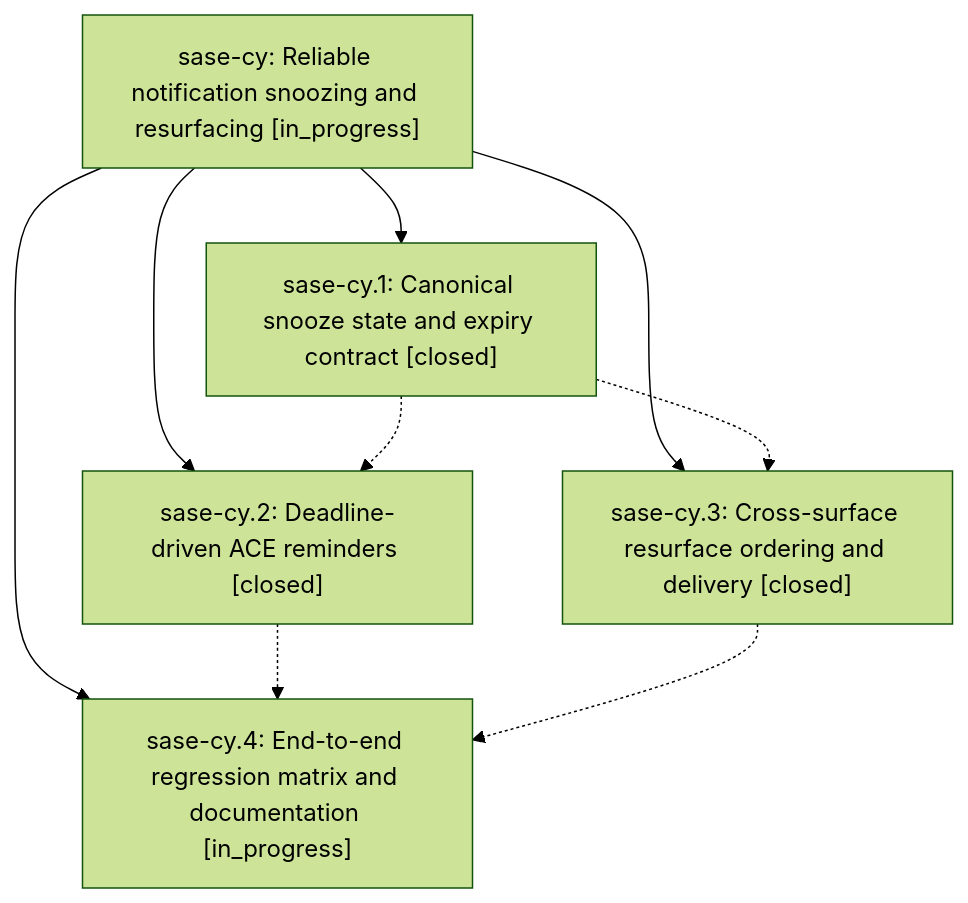
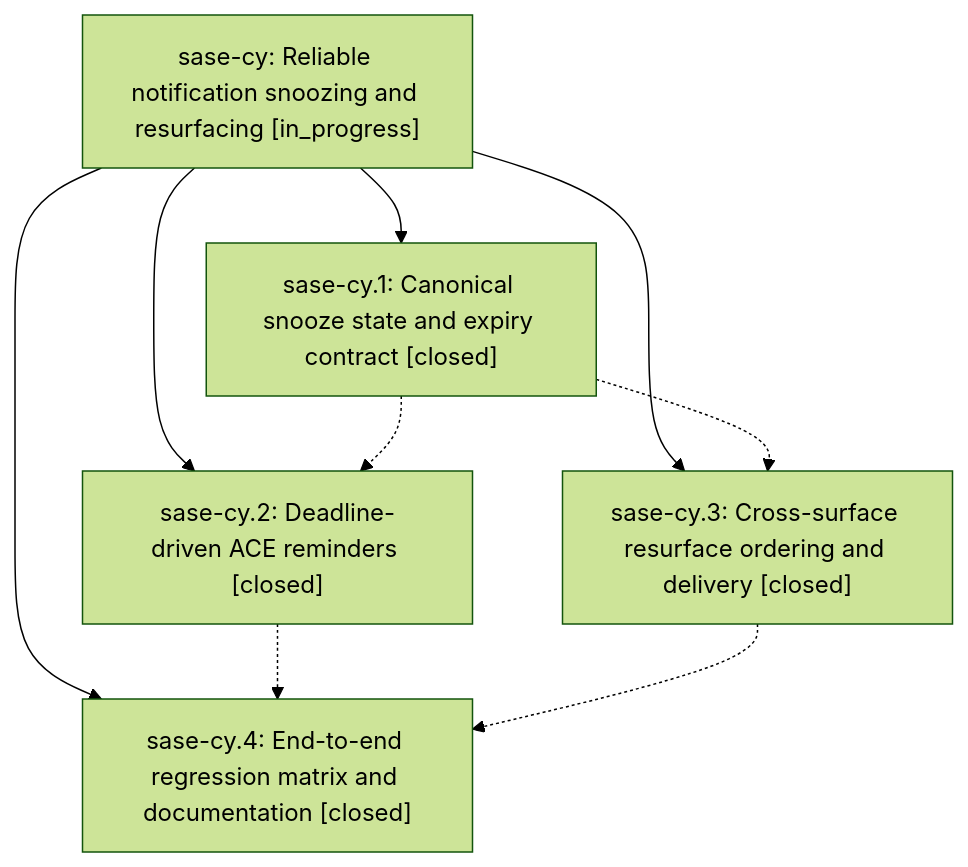
Before and after one commit to sase-org/sase--beads: the diagram in pages/sase-cy/README.md, drawn with Mermaid (forest theme). The commit also changed other lines of this file and 3 other files, not shown here.

````diff
--- a/pages/sase-cy/README.md
+++ b/pages/sase-cy/README.md
@@ -25,16 +25,16 @@
 ```mermaid
 flowchart TD
     n0["sase-cy: Reliable notification snoozing and resurfacing [in_progress]"]
     n1["sase-cy.1: Canonical snooze state and expiry contract [closed]"]
     n2["sase-cy.2: Deadline-driven ACE reminders [closed]"]
     n3["sase-cy.3: Cross-surface resurface ordering and delivery [closed]"]
-    n4["sase-cy.4: End-to-end regression matrix and documentation [in_progress]"]
+    n4["sase-cy.4: End-to-end regression matrix and documentation [closed]"]
     n0 --> n1
     n0 --> n2
     n0 --> n3
     n0 --> n4
     n1 -.-> n2
     n1 -.-> n3
     n2 -.-> n4
     n3 -.-> n4
 ```
````
